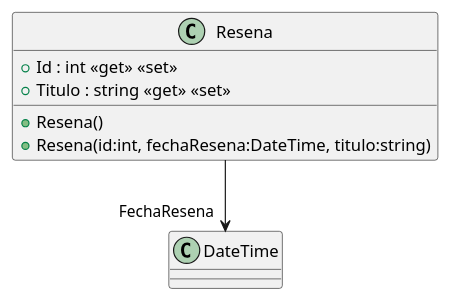
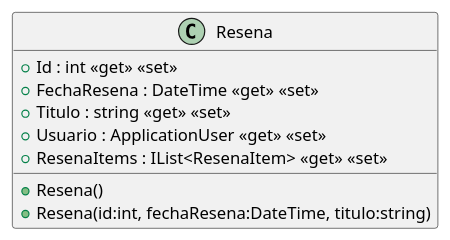
Before and after one commit to ISII2627LosGremlins/ISII2627LosGremlins: the diagram in src/AppForSEII.API/ClassDiagram/Resena.puml, drawn with PlantUML. The commit also changed 14 other files, not shown here.

```diff
--- a/src/AppForSEII.API/ClassDiagram/Resena.puml
+++ b/src/AppForSEII.API/ClassDiagram/Resena.puml
@@ -1,9 +1,11 @@
 @startuml
 class Resena {
     + Resena()
     + Resena(id:int, fechaResena:DateTime, titulo:string)
     + Id : int <<get>> <<set>>
+    + FechaResena : DateTime <<get>> <<set>>
     + Titulo : string <<get>> <<set>>
+    + Usuario : ApplicationUser <<get>> <<set>>
+    + ResenaItems : IList<ResenaItem> <<get>> <<set>>
 }
-Resena --> "FechaResena" DateTime
 @enduml
```
